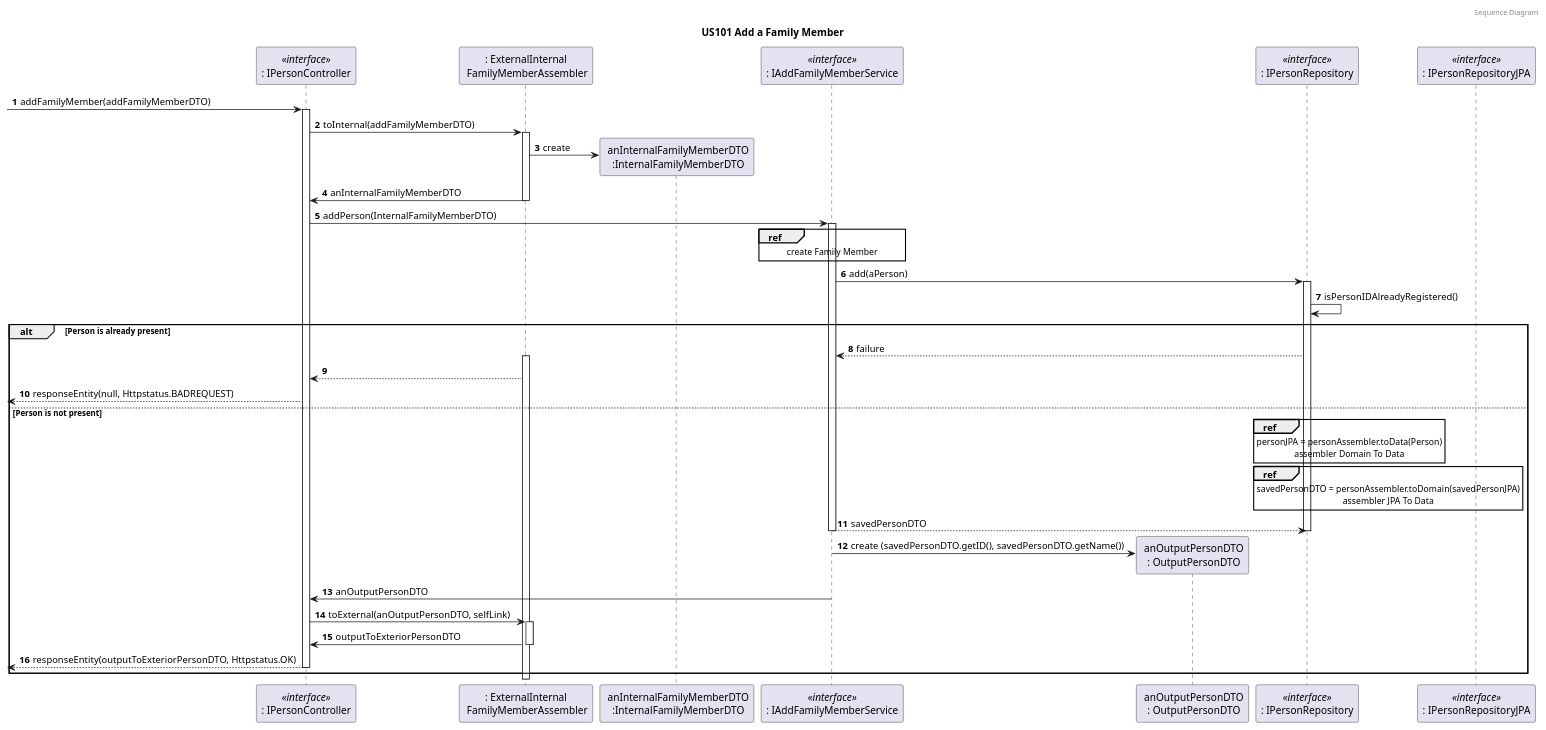
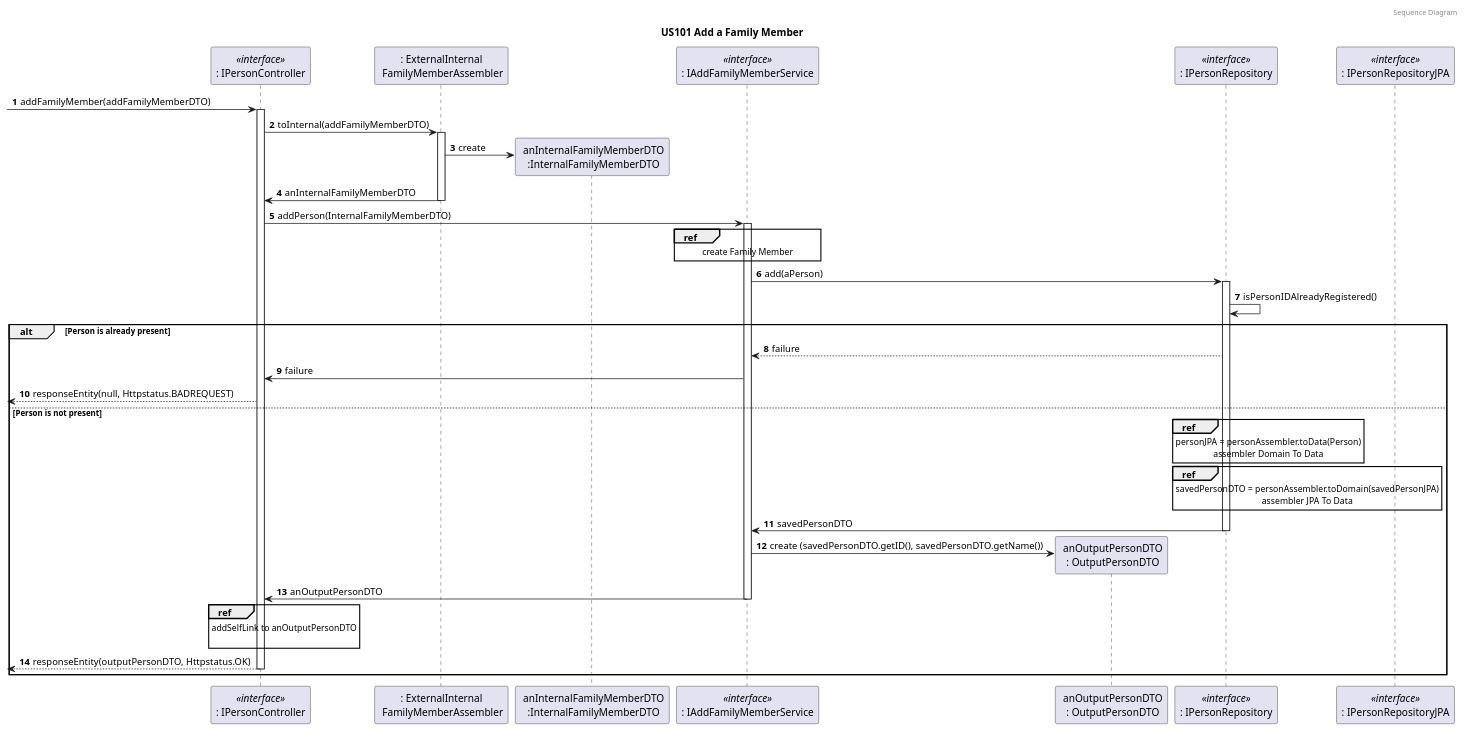
Before and after one commit to tomas-osswald/switch_2020_g3: the fourth of 6 diagrams in docs/sprint5/user_stories/US101_AddFamilyMember.md, drawn with PlantUML. The commit also changed 7 other files, not shown here.

Commit message:
update SD to remove external assembler and update DTO classes

`````diff
--- a/docs/sprint5/user_stories/US101_AddFamilyMember.md
+++ b/docs/sprint5/user_stories/US101_AddFamilyMember.md
@@ -263,69 +263,71 @@
 ```puml
 @startuml
 autonumber
 header Sequence Diagram
 title US101 Add a Family Member
 
 participant ": IPersonController" as controller <<interface>>
 participant ": ExternalInternal\n FamilyMemberAssembler" as outinassembler
 participant " anInternalFamilyMemberDTO\n :InternalFamilyMemberDTO" as aninaddassembler
 participant ": IAddFamilyMemberService" as FamAdminService <<interface>>
 participant " anOutputPersonDTO\n : OutputPersonDTO" as outputPersonDTO
 participant ": IPersonRepository" as prepository  <<interface>>
 participant ": IPersonRepositoryJPA" as prepositoryJPA  <<interface>>
 'participant "aFamilyRepository\n : FamilyRepository" as frepository
 
 -> controller : addFamilyMember(addFamilyMemberDTO)
 activate controller
 controller -> outinassembler : toInternal(addFamilyMemberDTO)
 activate outinassembler
 outinassembler -> aninaddassembler** : create
 outinassembler -> controller : anInternalFamilyMemberDTO
 deactivate
 controller -> FamAdminService : addPerson(InternalFamilyMemberDTO)
 activate FamAdminService
 
 ref over FamAdminService
 create Family Member
 end
 
 FamAdminService -> prepository : add(aPerson)
 activate prepository
 
 prepository -> prepository : isPersonIDAlreadyRegistered()
 alt Person is already present
 prepository --> FamAdminService : failure
-activate outinassembler
-'FamAdminService -> outinassembler : failure
-'FamAdminService -> outinassembler : toExternal(internalFamilyMemberDTO)
-outinassembler --> controller :
+
+FamAdminService -> controller : failure
+
 <-- controller : responseEntity(null, Httpstatus.BADREQUEST)
 else Person is not present
 ref over prepository
 personJPA = personAssembler.toData(Person)
 assembler Domain To Data
 end
 
 ref over prepository
 savedPersonDTO = personAssembler.toDomain(savedPersonJPA)
 assembler JPA To Data
 end
 
-return savedPersonDTO
+prepository -> FamAdminService : savedPersonDTO
+deactivate prepository
 deactivate prepositoryJPA
 'FamAdminService - create (savedPersonDTO)
-deactivate prepository
+
 FamAdminService -> outputPersonDTO** : create (savedPersonDTO.getID(), savedPersonDTO.getName())
 FamAdminService -> controller: anOutputPersonDTO
+deactivate prepository
 deactivate FamAdminService 
-controller -> outinassembler : toExternal(anOutputPersonDTO, selfLink)
-activate outinassembler
-outinassembler -> controller : outputToExteriorPersonDTO
-deactivate
+
+ref over controller
+ addSelfLink to anOutputPersonDTO
+
+end
 deactivate FamAdminService
-<-- controller : responseEntity(outputToExteriorPersonDTO, Httpstatus.OK)
+<-- controller : responseEntity(outputPersonDTO, Httpstatus.OK)
 deactivate controller
 
 end
 @enduml
 ````
`````
